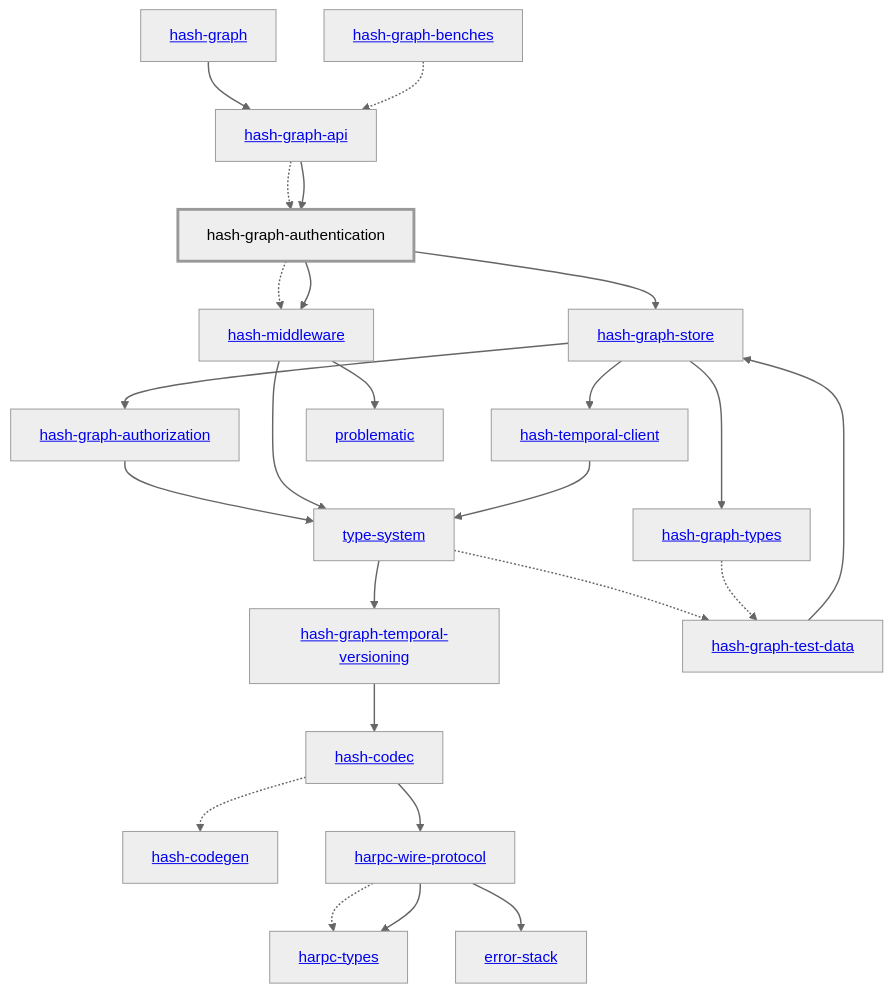
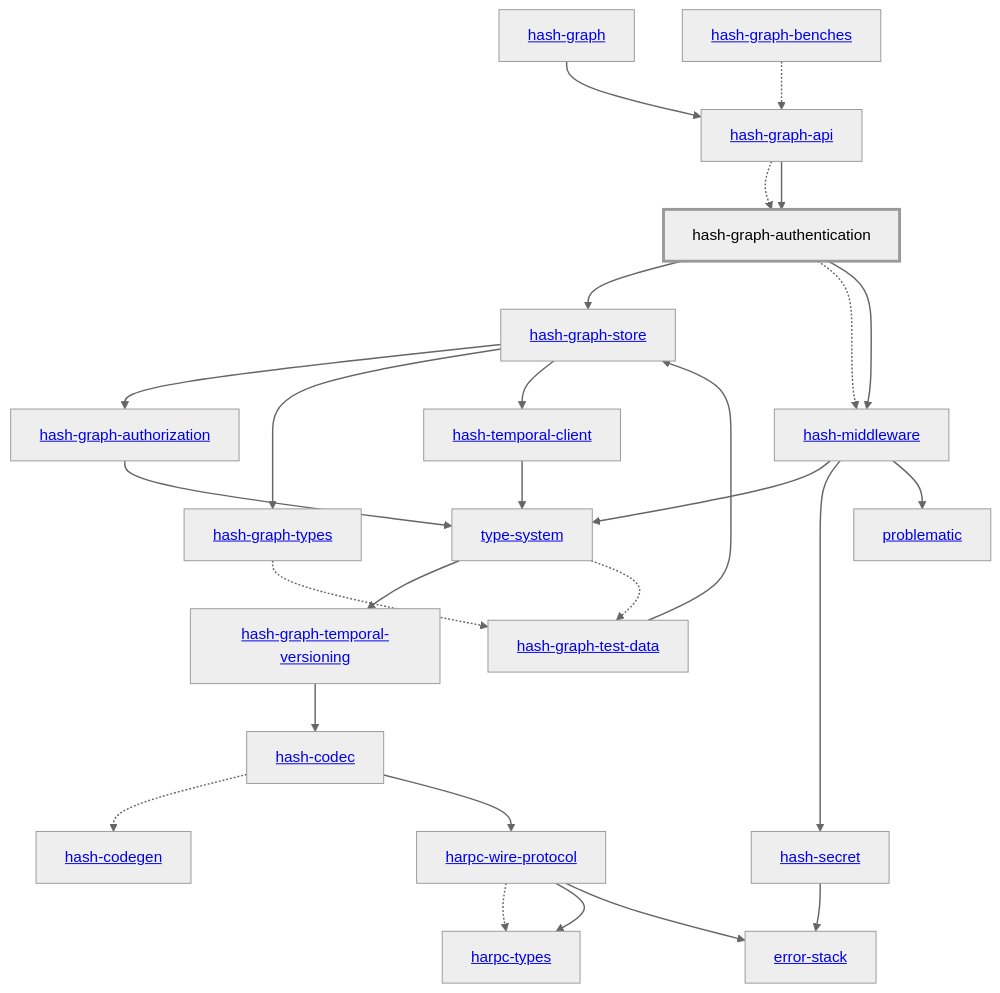
Before and after one commit to hashintel/hash: the diagram in libs/@local/graph/authentication/docs/dependency-diagram.mmd, drawn with Mermaid (neutral theme). The commit also changed 104 other files, not shown here.

```diff
--- a/libs/@local/graph/authentication/docs/dependency-diagram.mmd
+++ b/libs/@local/graph/authentication/docs/dependency-diagram.mmd
@@ -1,53 +1,56 @@
 graph TD
     linkStyle default stroke-width:1.5px
     classDef default stroke-width:1px
     classDef root stroke-width:3px
     classDef dev stroke-width:1px
     classDef build stroke-width:1px
     %% Legend
     %% --> : Normal dependency
     %% -.-> : Dev dependency
     %% ---> : Build dependency
     0[<a href="../hash_graph/index.html">hash-graph</a>]
     1[<a href="../type_system/index.html">type-system</a>]
     2[<a href="../hash_codec/index.html">hash-codec</a>]
     3[<a href="../hash_codegen/index.html">hash-codegen</a>]
     4[<a href="../hash_graph_api/index.html">hash-graph-api</a>]
     5[hash-graph-authentication]
     class 5 root
     6[<a href="../hash_graph_authorization/index.html">hash-graph-authorization</a>]
     7[<a href="../hash_graph_store/index.html">hash-graph-store</a>]
     8[<a href="../hash_graph_temporal_versioning/index.html">hash-graph-temporal-versioning</a>]
     9[<a href="../hash_graph_types/index.html">hash-graph-types</a>]
     10[<a href="../harpc_types/index.html">harpc-types</a>]
     11[<a href="../harpc_wire_protocol/index.html">harpc-wire-protocol</a>]
     12[<a href="../hash_middleware/index.html">hash-middleware</a>]
-    13[<a href="../hash_temporal_client/index.html">hash-temporal-client</a>]
-    14[<a href="../error_stack/index.html">error-stack</a>]
-    15[<a href="../problematic/index.html">problematic</a>]
-    16[<a href="../hash_graph_benches/index.html">hash-graph-benches</a>]
-    17[<a href="../hash_graph_test_data/index.html">hash-graph-test-data</a>]
+    13[<a href="../hash_secret/index.html">hash-secret</a>]
+    14[<a href="../hash_temporal_client/index.html">hash-temporal-client</a>]
+    15[<a href="../error_stack/index.html">error-stack</a>]
+    16[<a href="../problematic/index.html">problematic</a>]
+    17[<a href="../hash_graph_benches/index.html">hash-graph-benches</a>]
+    18[<a href="../hash_graph_test_data/index.html">hash-graph-test-data</a>]
     0 --> 4
     1 --> 8
-    1 -.-> 17
+    1 -.-> 18
     2 -.-> 3
     2 --> 11
     4 -.-> 5
     4 --> 5
     5 --> 7
     5 -.-> 12
     5 --> 12
     6 --> 1
     7 --> 6
     7 --> 9
-    7 --> 13
+    7 --> 14
     8 --> 2
-    9 -.-> 17
+    9 -.-> 18
     11 -.-> 10
     11 --> 10
-    11 --> 14
+    11 --> 15
     12 --> 1
-    12 --> 15
-    13 --> 1
-    16 -.-> 4
-    17 --> 7
+    12 --> 13
+    12 --> 16
+    13 --> 15
+    14 --> 1
+    17 -.-> 4
+    18 --> 7
```
